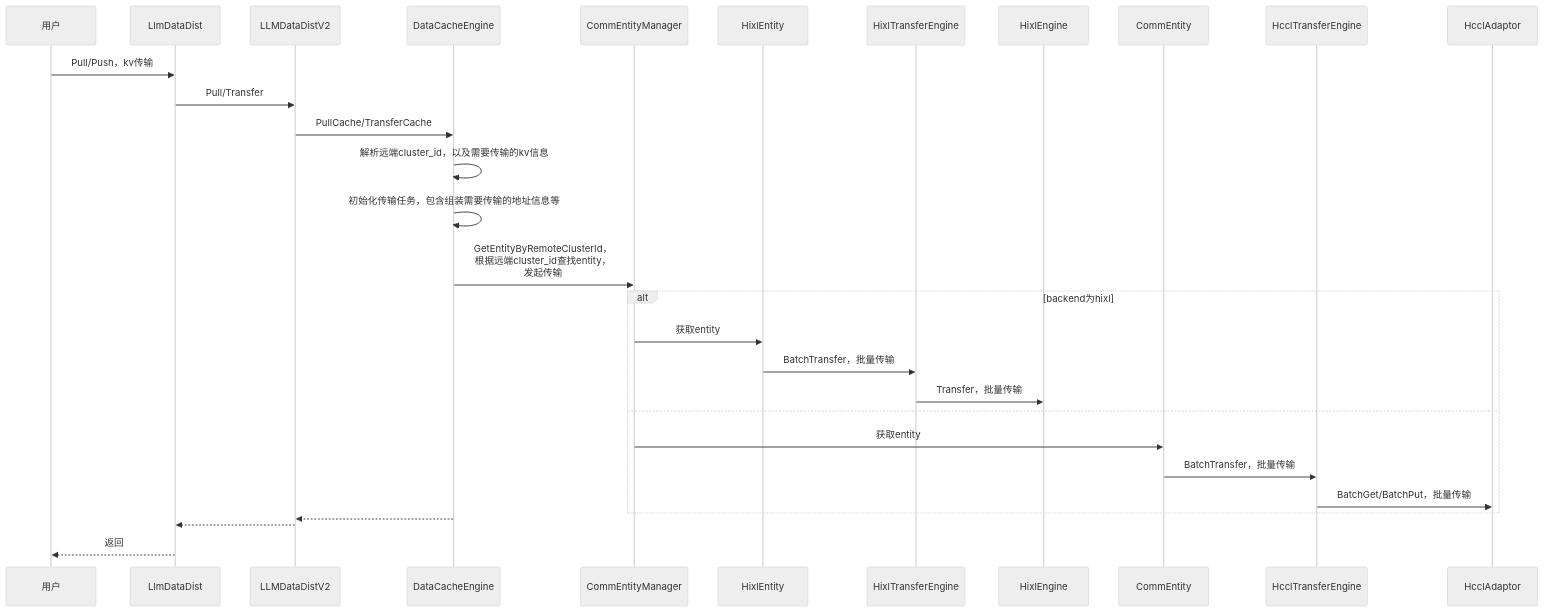
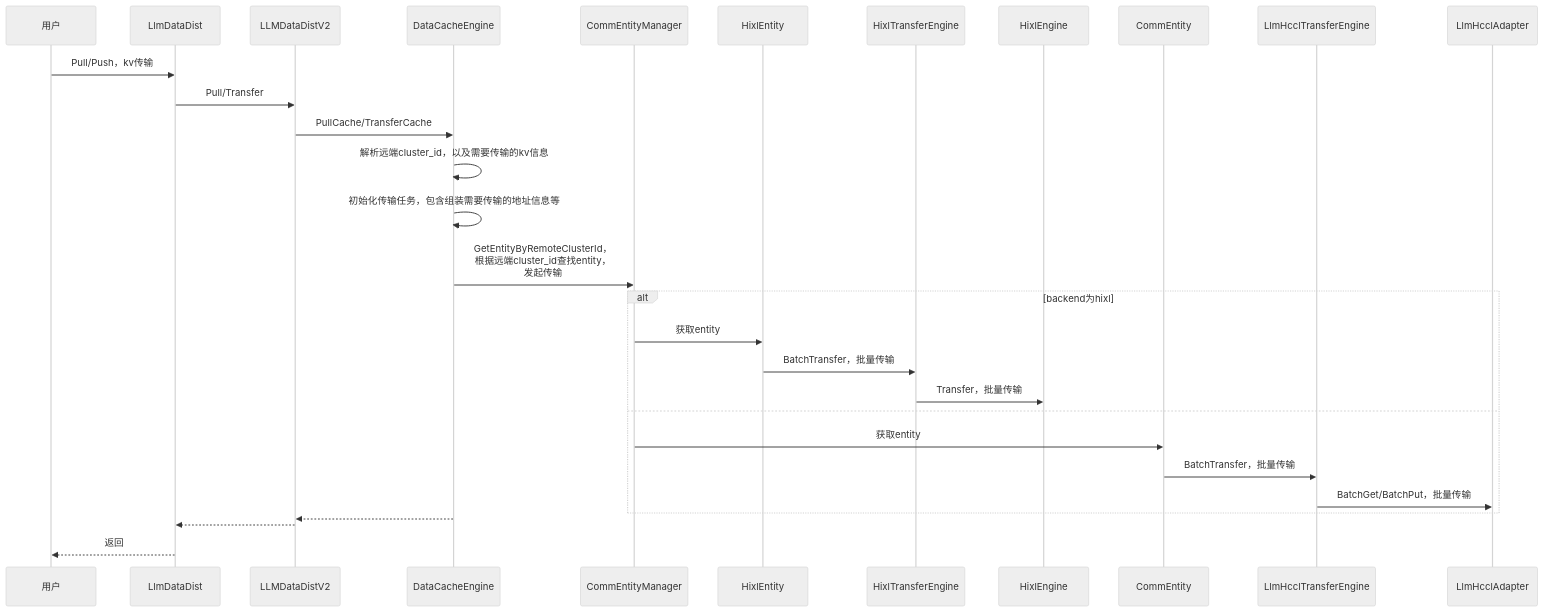
Before and after one commit to hicann/hixl: the sixth of 6 diagrams in docs/zh/design/LLM-DataDist支持hixl传输后端.md, drawn with Mermaid (neutral theme). The commit also changed other lines of this file and 53 other files, not shown here.

````diff
--- a/docs/zh/design/LLM-DataDist支持hixl传输后端.md
+++ b/docs/zh/design/LLM-DataDist支持hixl传输后端.md
@@ -286,21 +286,21 @@
 ```mermaid
 sequenceDiagram
   用户 ->> LlmDataDist: Pull/Push，kv传输
   LlmDataDist ->> LLMDataDistV2: Pull/Transfer
   LLMDataDistV2 ->> DataCacheEngine: PullCache/TransferCache
   DataCacheEngine ->> DataCacheEngine: 解析远端cluster_id，以及需要传输的kv信息
   DataCacheEngine ->> DataCacheEngine: 初始化传输任务，包含组装需要传输的地址信息等
   DataCacheEngine ->> CommEntityManager: GetEntityByRemoteClusterId，<br>根据远端cluster_id查找entity，<br>发起传输
   alt backend为hixl
     CommEntityManager ->> HixlEntity: 获取entity
     HixlEntity ->> HixlTransferEngine: BatchTransfer，批量传输
     HixlTransferEngine ->> HixlEngine: Transfer，批量传输
   else
     CommEntityManager ->> CommEntity: 获取entity
-    CommEntity ->> HcclTransferEngine: BatchTransfer，批量传输
-    HcclTransferEngine ->> HcclAdaptor: BatchGet/BatchPut，批量传输
+    CommEntity ->> LlmHcclTransferEngine: BatchTransfer，批量传输
+    LlmHcclTransferEngine ->> LlmHcclAdapter: BatchGet/BatchPut，批量传输
   end
-  DataCacheEngine -->> LLMDataDistV2: 
-  LLMDataDistV2 -->> LlmDataDist: 
+  DataCacheEngine -->> LLMDataDistV2:
+  LLMDataDistV2 -->> LlmDataDist:
   LlmDataDist -->> 用户: 返回
 ```
````
